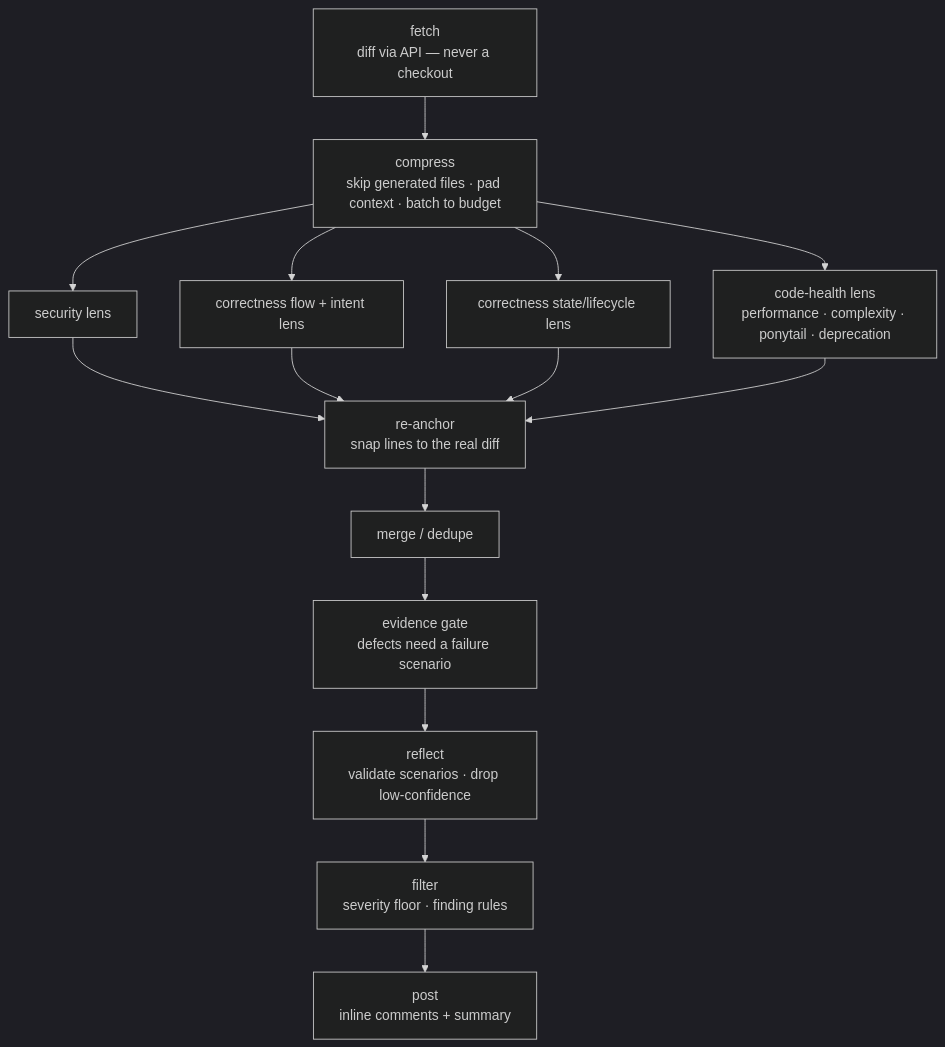
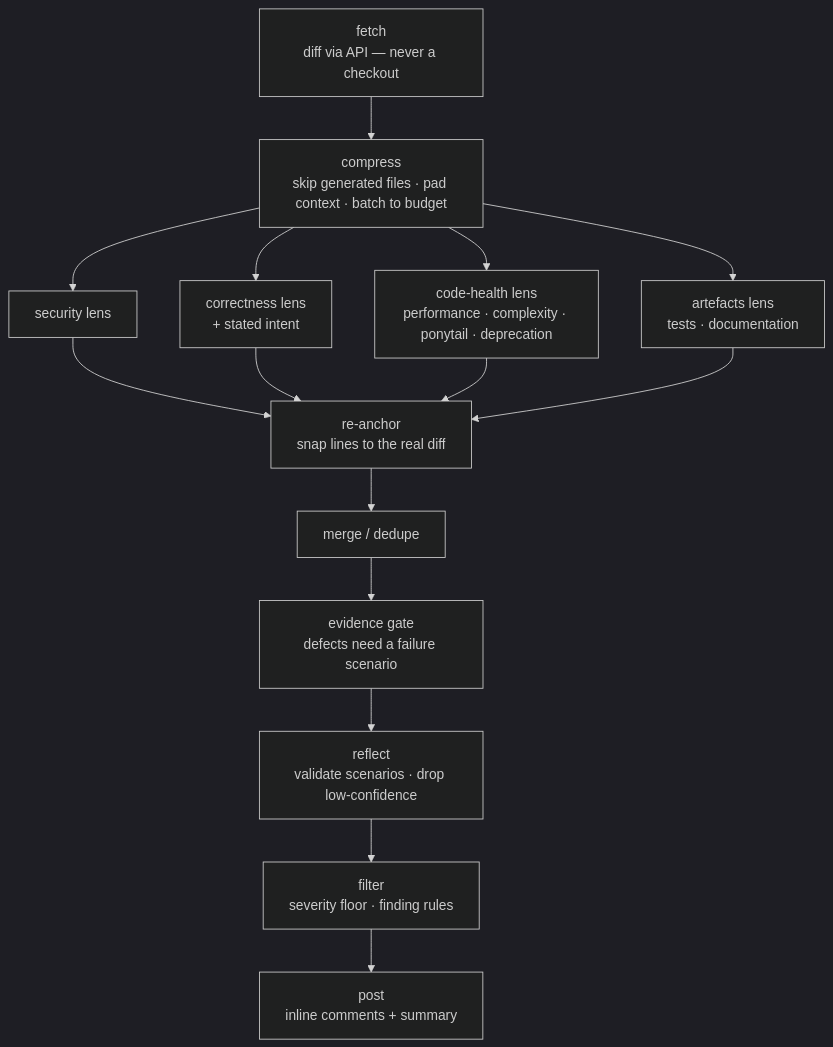
One commit to MattJColes/lgtmaybe changed the second of 2 diagrams in docs/explanation/architecture.md. Above: the diagram before and after it, drawn with Mermaid (dark theme). The commit also changed other lines of this file and 22 other files, not shown here.

````diff
--- a/docs/explanation/architecture.md
+++ b/docs/explanation/architecture.md
@@ -49,13 +49,13 @@
 ```mermaid
 flowchart TD
     fetch["fetch<br/>diff via API — never a checkout"] --> compress["compress<br/>skip generated files · pad context · batch to budget"]
     compress --> security["security lens"]
-    compress --> correctnessflow["correctness flow + intent lens"]
-    compress --> correctnessstate["correctness state/lifecycle lens"]
+    compress --> correctness["correctness lens<br/>+ stated intent"]
     compress --> codehealth["code-health lens<br/>performance · complexity · ponytail · deprecation"]
+    compress --> artefacts["artefacts lens<br/>tests · documentation"]
     security --> anchor["re-anchor<br/>snap lines to the real diff"]
-    correctnessflow --> anchor
-    correctnessstate --> anchor
+    correctness --> anchor
     codehealth --> anchor
+    artefacts --> anchor
     anchor --> dedupe["merge / dedupe"] --> evidence["evidence gate<br/>defects need a failure scenario"] --> reflect["reflect<br/>validate scenarios · drop low-confidence"] --> filter["filter<br/>severity floor · finding rules"] --> post["post<br/>inline comments + summary"]
 ```
````
